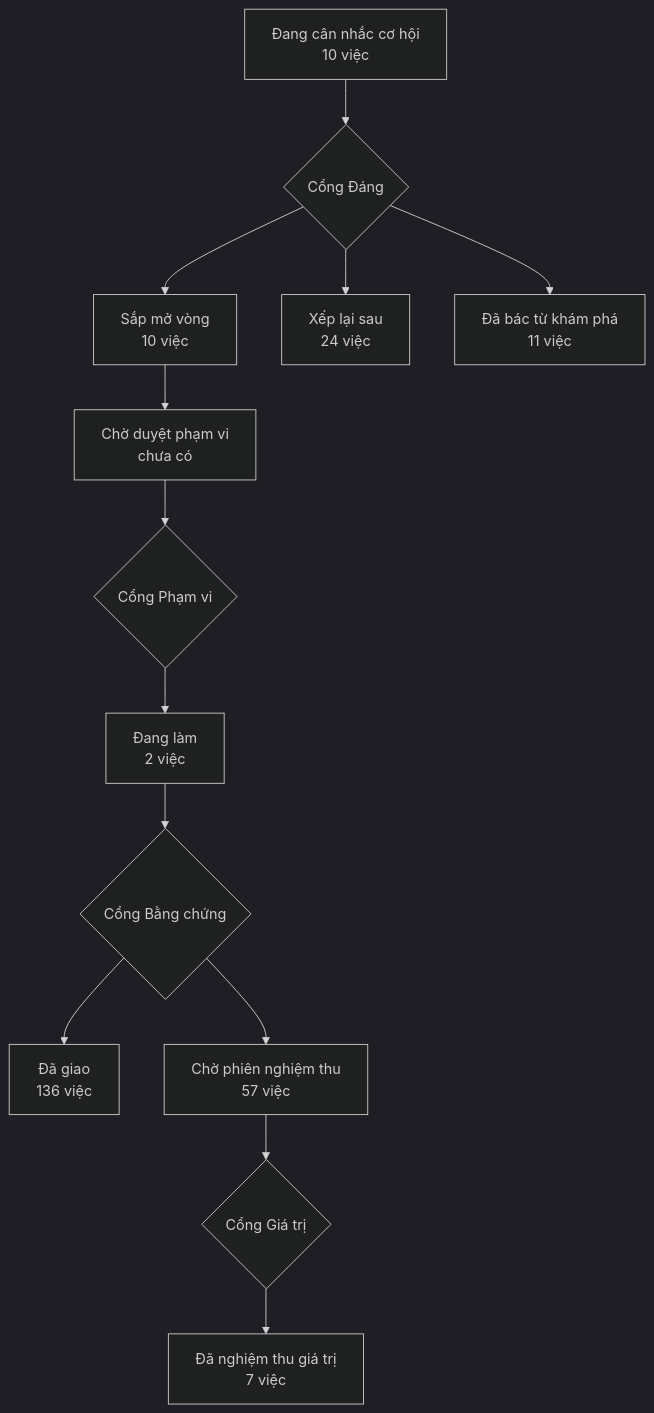
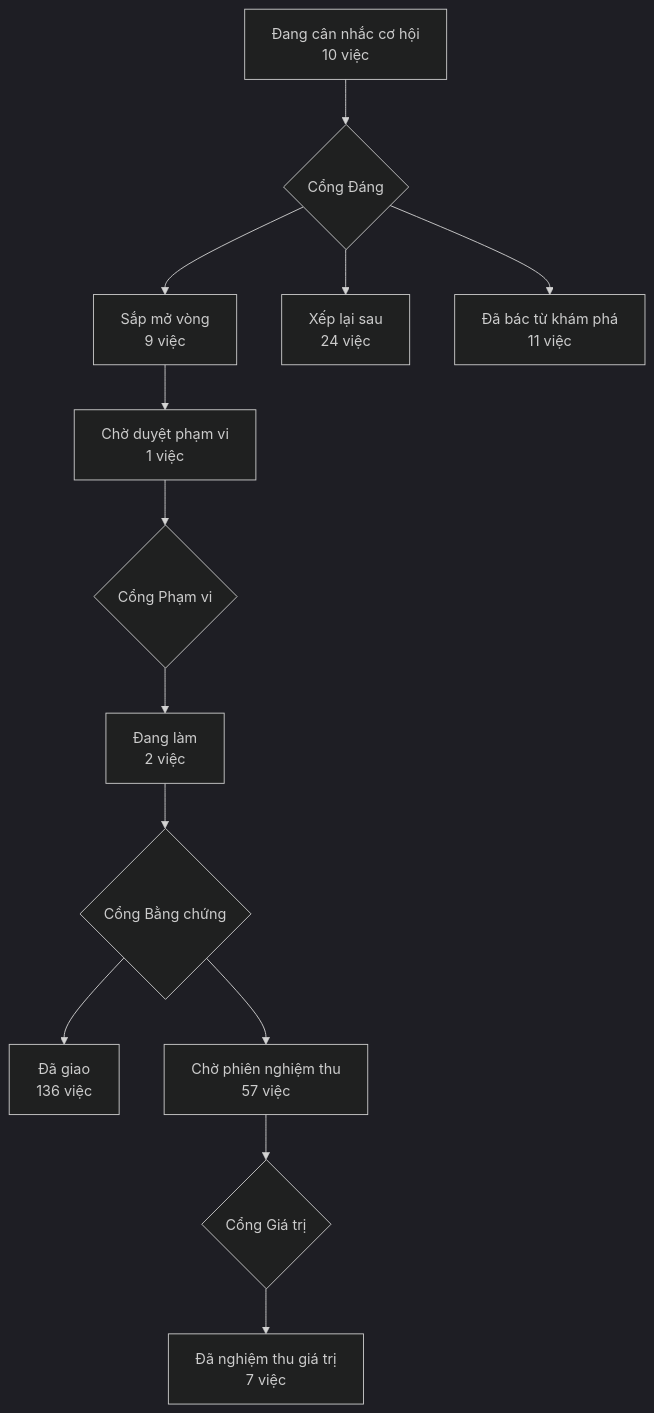
Before and after one commit to phanlemanh/acceptance-gate-kit: the diagram in PRODUCT-MAP.md, drawn with Mermaid (dark theme). The commit also changed other lines of this file and 7 other files, not shown here.

````diff
--- a/PRODUCT-MAP.md
+++ b/PRODUCT-MAP.md
@@ -7,12 +7,12 @@
 ```mermaid
 flowchart TD
   A["Đang cân nhắc cơ hội<br/>10 việc"] --> GD{"Cổng Đáng"}
-  GD --> B["Sắp mở vòng<br/>10 việc"]
+  GD --> B["Sắp mở vòng<br/>9 việc"]
   GD --> XL["Xếp lại sau<br/>24 việc"]
   GD --> DB["Đã bác từ khám phá<br/>11 việc"]
-  B --> CD["Chờ duyệt phạm vi<br/>chưa có"] --> GP{"Cổng Phạm vi"}
+  B --> CD["Chờ duyệt phạm vi<br/>1 việc"] --> GP{"Cổng Phạm vi"}
   GP --> DL["Đang làm<br/>2 việc"] --> GB{"Cổng Bằng chứng"}
   GB --> DG["Đã giao<br/>136 việc"]
   GB --> CN["Chờ phiên nghiệm thu<br/>57 việc"] --> GG{"Cổng Giá trị"}
   GG --> NT["Đã nghiệm thu giá trị<br/>7 việc"]
 ```
````
